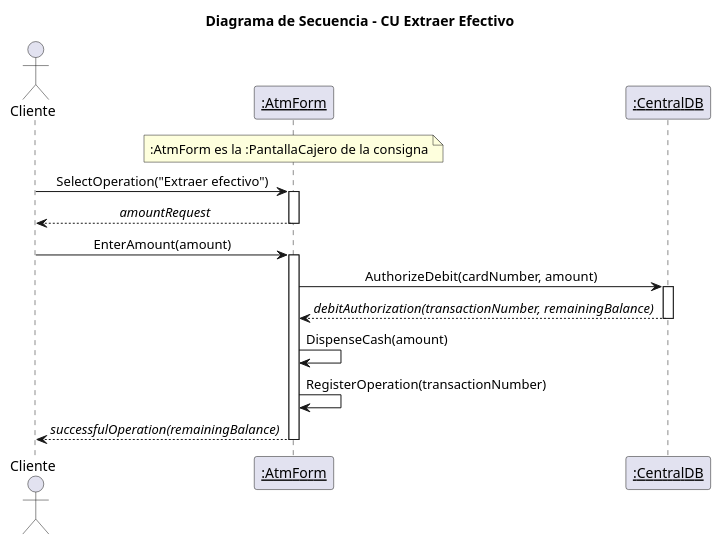
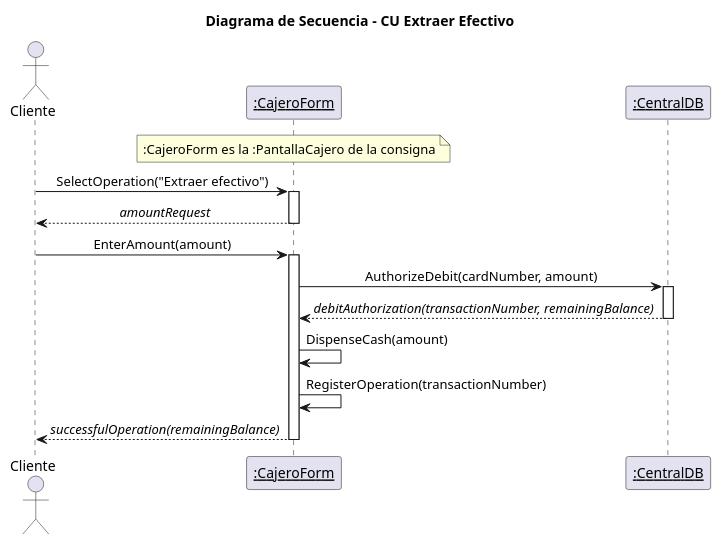
Before and after one commit to 4l3j0Ok/institute-third-year: the diagram in diseno-e-implementacion-de-sistemas/trabajo-integrador/diagrams/06_secuencia_extraccion.puml, drawn with PlantUML. The commit also changed 66 other files, not shown here.

```diff
--- a/diseno-e-implementacion-de-sistemas/trabajo-integrador/diagrams/06_secuencia_extraccion.puml
+++ b/diseno-e-implementacion-de-sistemas/trabajo-integrador/diagrams/06_secuencia_extraccion.puml
@@ -1,27 +1,27 @@
 @startuml 06_secuencia_extraccion
 title Diagrama de Secuencia - CU Extraer Efectivo
 skinparam shadowing false
 skinparam sequenceMessageAlign center
 
 actor Cliente
-participant "<u>:AtmForm</u>" as PC
+participant "<u>:CajeroForm</u>" as PC
 participant "<u>:CentralDB</u>" as CDB
 
-note over PC : :AtmForm es la :PantallaCajero de la consigna
+note over PC : :CajeroForm es la :PantallaCajero de la consigna
 
 Cliente -> PC : SelectOperation("Extraer efectivo")
 activate PC
 PC --> Cliente : //amountRequest//
 deactivate PC
 
 Cliente -> PC : EnterAmount(amount)
 activate PC
 PC -> CDB : AuthorizeDebit(cardNumber, amount)
 activate CDB
 CDB --> PC : //debitAuthorization(transactionNumber, remainingBalance)//
 deactivate CDB
 PC -> PC : DispenseCash(amount)
 PC -> PC : RegisterOperation(transactionNumber)
 PC --> Cliente : //successfulOperation(remainingBalance)//
 deactivate PC
 @enduml
```
